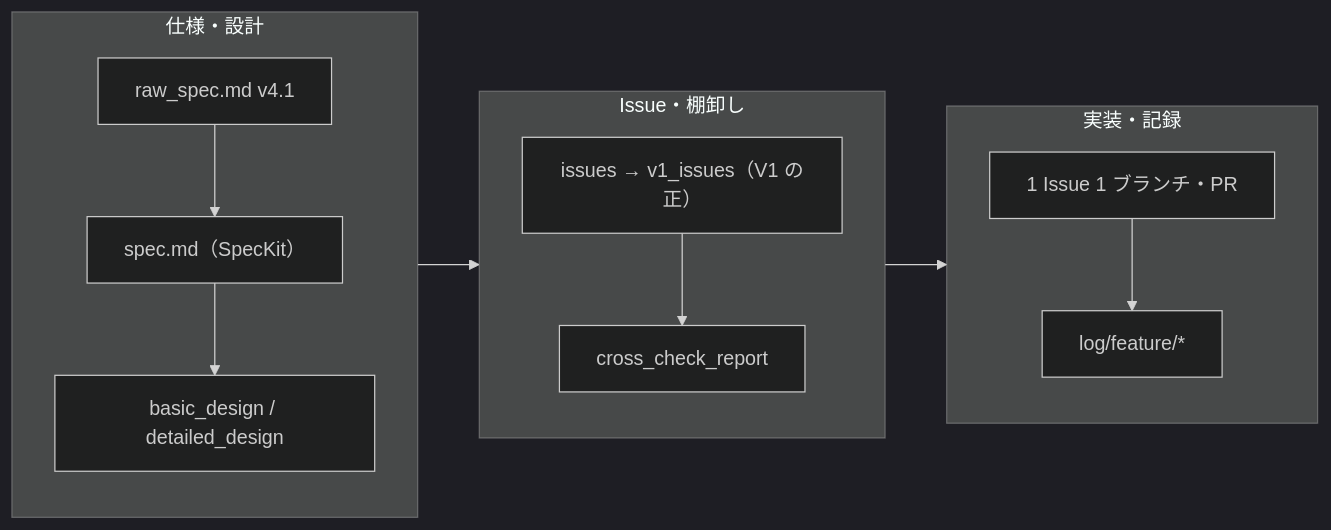
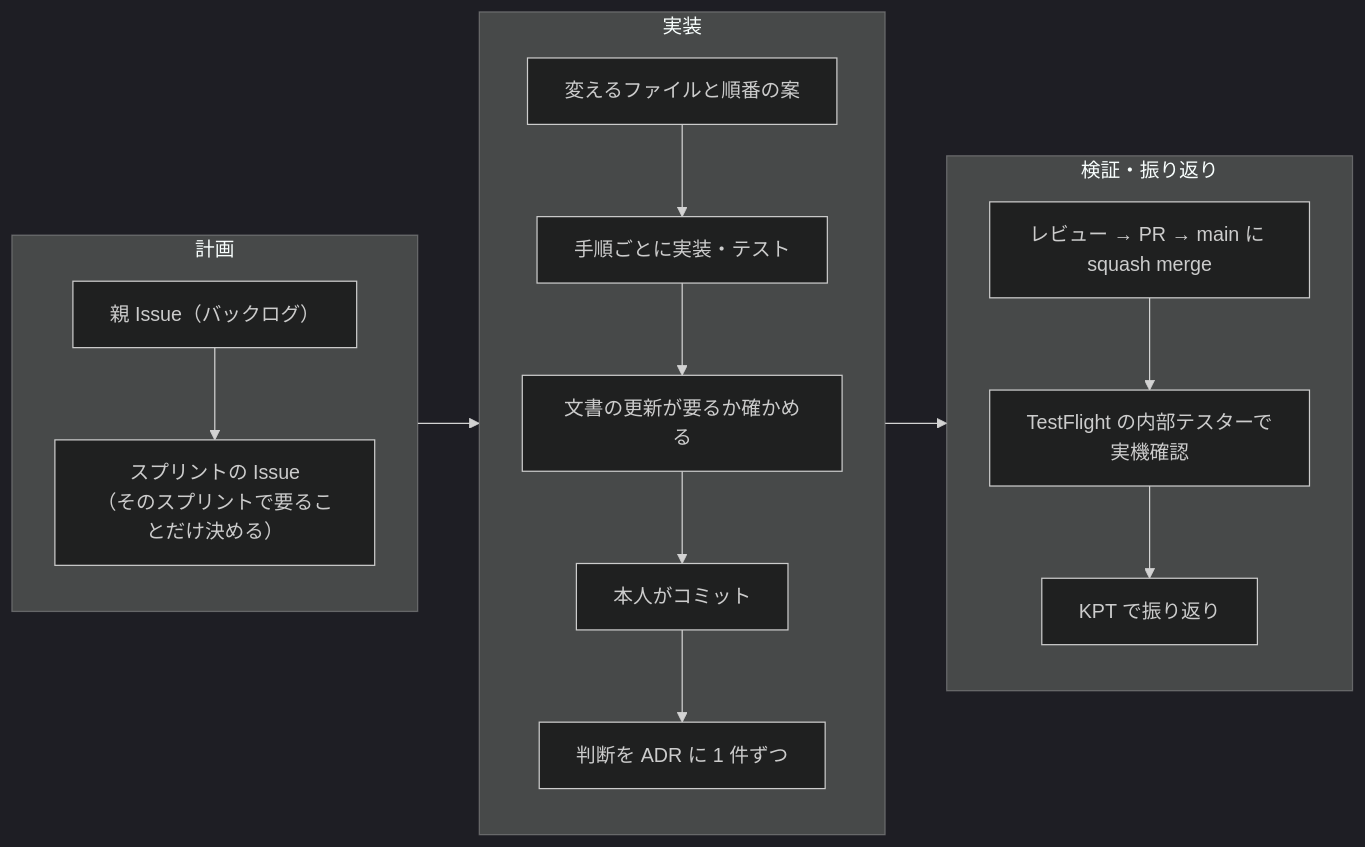
Before and after one commit to omomi-moti/Karaoke_support: the diagram in docs/development_process.md, drawn with Mermaid (dark theme). The commit also changed other lines of this file and 82 other files, not shown here.

````diff
--- a/docs/development_process.md
+++ b/docs/development_process.md
@@ -21,17 +21,20 @@
 ```mermaid
 flowchart LR
-    subgraph G1["仕様・設計"]
+    subgraph G1["計画"]
         direction TB
-        R["raw_spec.md v4.1"] --> S["spec.md（SpecKit）"]
-        S --> BD["basic_design / detailed_design"]
+        P["親 Issue（バックログ）"] --> S["スプリントの Issue<br/>（そのスプリントで要ることだけ決める）"]
     end
-    subgraph G2["Issue・棚卸し"]
+    subgraph G2["実装"]
         direction TB
-        ISS["issues → v1_issues（V1 の正）"] --> CC["cross_check_report"]
+        PL["変えるファイルと順番の案"] --> ST["手順ごとに実装・テスト"]
+        ST --> DOC["文書の更新が要るか確かめる"]
+        DOC --> CM["本人がコミット"]
+        CM --> ADR["判断を ADR に 1 件ずつ"]
     end
-    subgraph G3["実装・記録"]
+    subgraph G3["検証・振り返り"]
         direction TB
-        BR["1 Issue 1 ブランチ・PR"] --> LG["log/feature/*"]
+        RV["レビュー → PR → main に squash merge"] --> TF["TestFlight の内部テスターで実機確認"]
+        TF --> KPT["KPT で振り返り"]
     end
     G1 --> G2 --> G3
 ```
````
